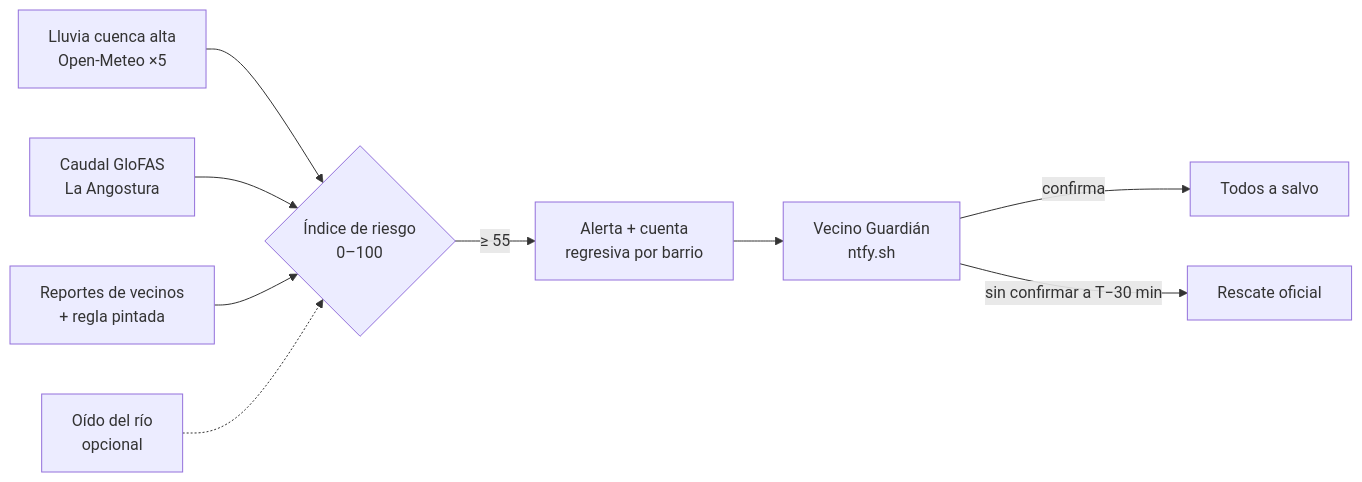
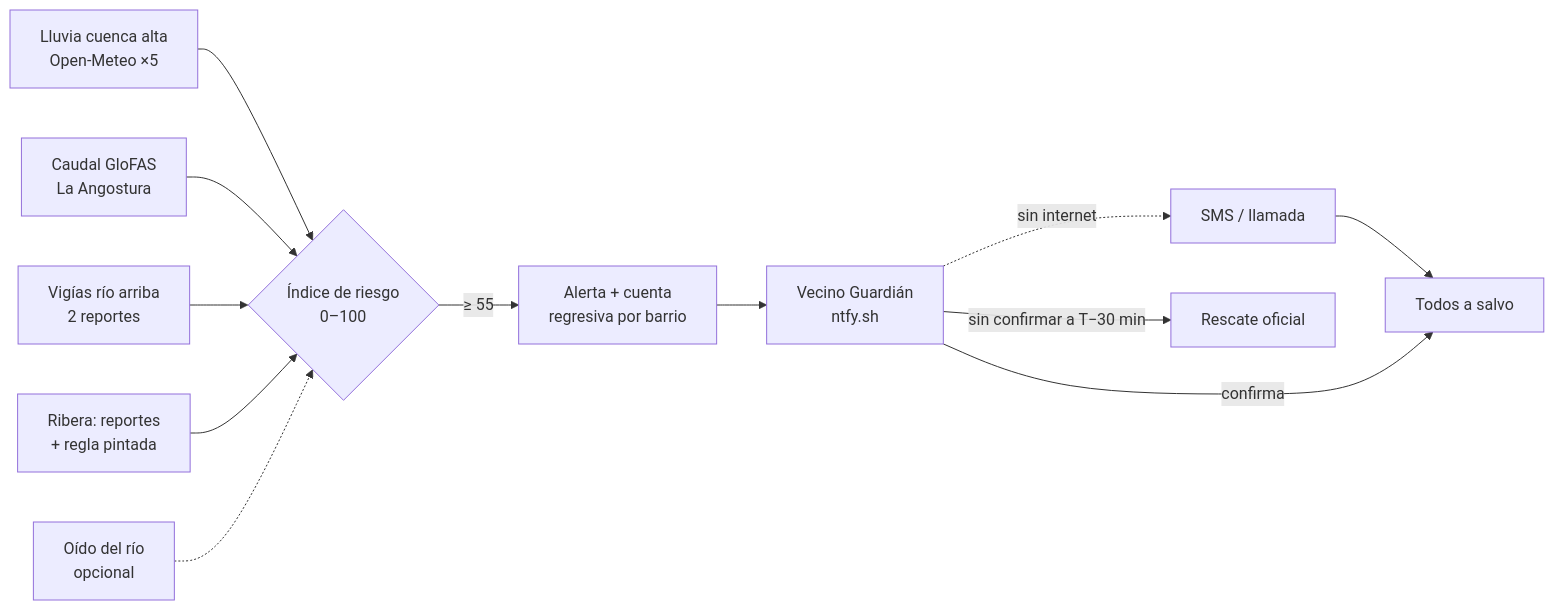
One commit to NeckHurtttt/birria-tech changed the diagram in README.md. Above: the diagram before and after it, drawn with Mermaid. The commit also changed other lines of this file and 17 other files, not shown here.

First line of the commit message:
Validación con la riada real del 13/12/2025, vigías río arriba, PWA sin internet, registro y panel de la junta, SMS, accesibilidad

````diff
--- a/README.md
+++ b/README.md
@@ -77,11 +145,14 @@
 ```mermaid
 flowchart LR
   A[Lluvia cuenca alta<br/>Open-Meteo ×5] --> I{Índice de riesgo<br/>0–100}
   B[Caudal GloFAS<br/>La Angostura] --> I
-  C[Reportes de vecinos<br/>+ regla pintada] --> I
+  V[Vigías río arriba<br/>2 reportes] --> I
+  C[Ribera: reportes<br/>+ regla pintada] --> I
   D[Oído del río<br/>opcional] -.-> I
   I -- "≥ 55" --> E[Alerta + cuenta<br/>regresiva por barrio]
   E --> F[Vecino Guardián<br/>ntfy.sh]
+  F -. sin internet .-> S[SMS / llamada]
+  S --> G
   F -- confirma --> G[Todos a salvo]
   F -- sin confirmar a T−30 min --> H[Rescate oficial]
 ```
````
